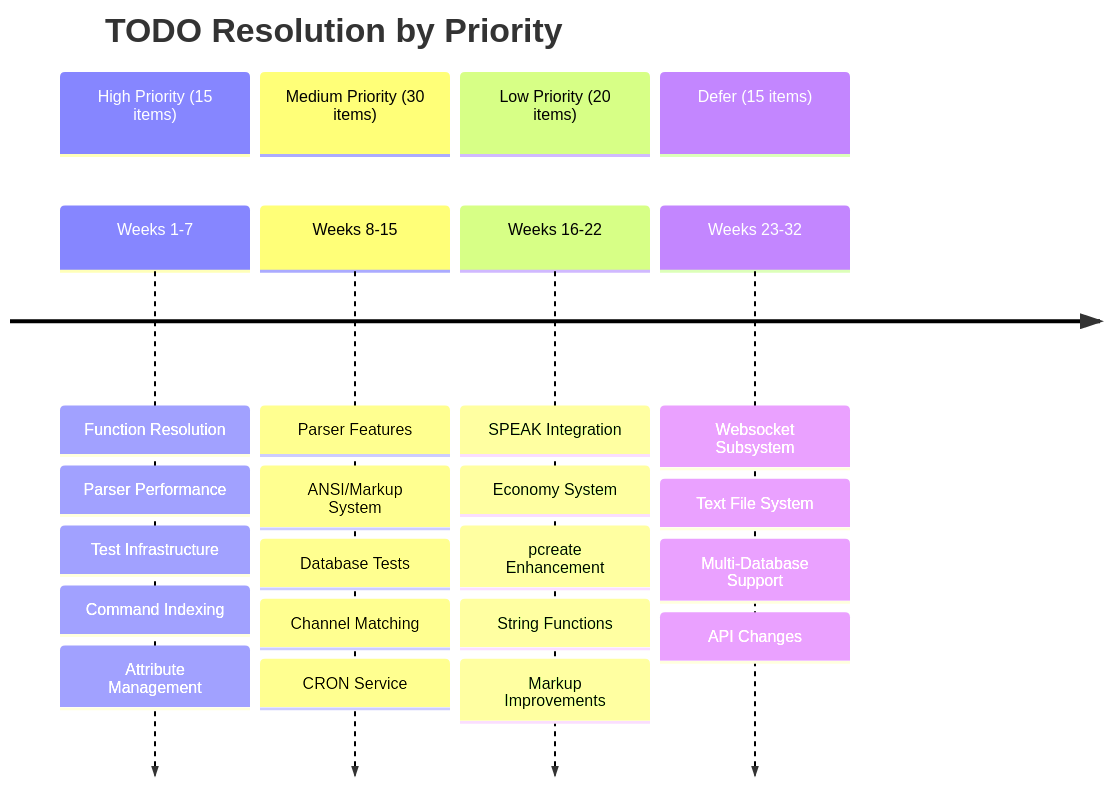
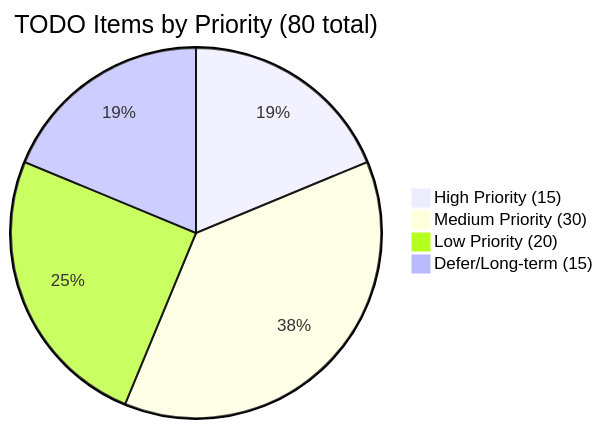
One commit to SharpMUSH/SharpMUSH changed the seventh of 9 diagrams in TODO_DEPENDENCY_GRAPH.md. Above: the diagram before and after it, drawn with Mermaid. The commit also changed other lines of this file and 2 other files, not shown here.

Commit message:
Update TODO documentation - remove time estimates, focus on dependencies and priorities

````diff
--- a/TODO_DEPENDENCY_GRAPH.md
+++ b/TODO_DEPENDENCY_GRAPH.md
@@ -287,31 +255,7 @@
 ```mermaid
-timeline
-    title TODO Resolution by Priority
-    
-    section High Priority (15 items)
-        Weeks 1-7 : Function Resolution
-                  : Parser Performance
-                  : Test Infrastructure
-                  : Command Indexing
-                  : Attribute Management
-    
-    section Medium Priority (30 items)
-        Weeks 8-15 : Parser Features
-                   : ANSI/Markup System
-                   : Database Tests
-                   : Channel Matching
-                   : CRON Service
-    
-    section Low Priority (20 items)
-        Weeks 16-22 : SPEAK Integration
-                    : Economy System
-                    : pcreate Enhancement
-                    : String Functions
-                    : Markup Improvements
-    
-    section Defer (15 items)
-        Weeks 23-32 : Websocket Subsystem
-                    : Text File System
-                    : Multi-Database Support
-                    : API Changes
+pie title TODO Items by Priority (80 total)
+    "High Priority (15)" : 15
+    "Medium Priority (30)" : 30
+    "Low Priority (20)" : 20
+    "Defer/Long-term (15)" : 15
 ```
````
